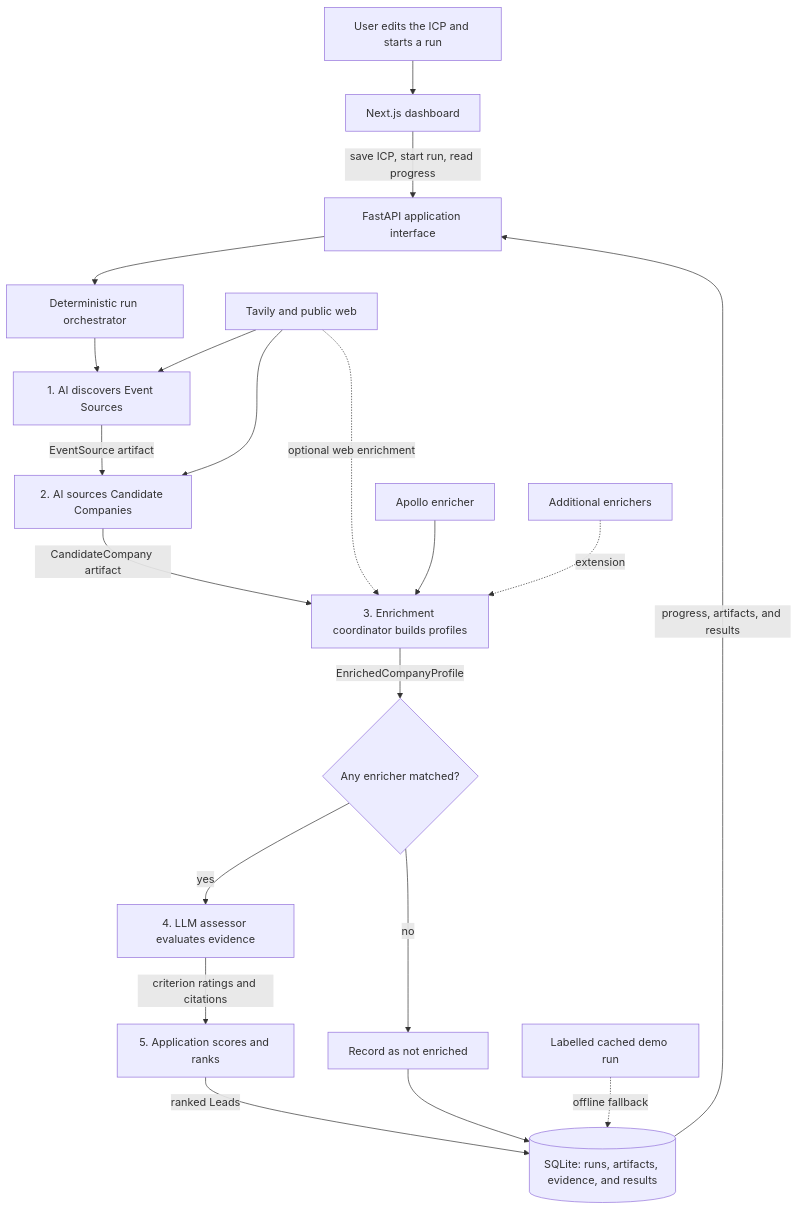
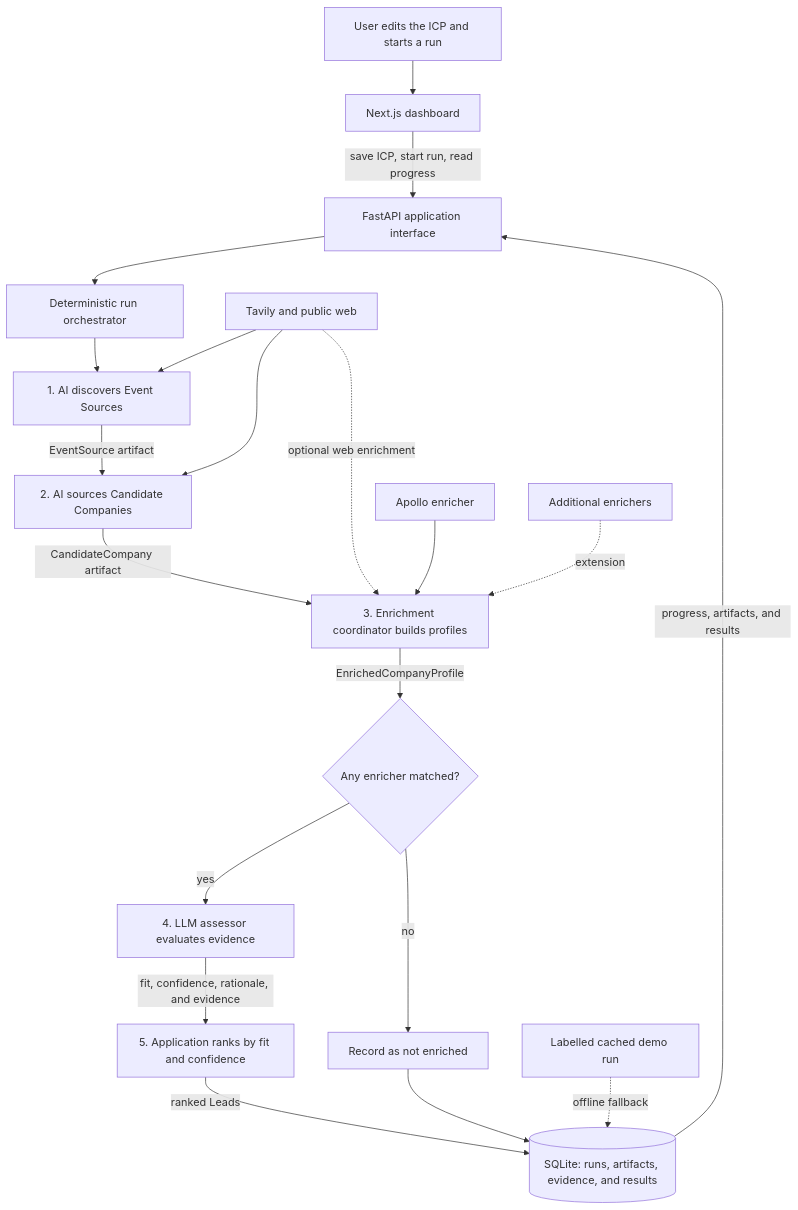
Before and after one commit to sham-bolic/instalily-takehome: the first of 2 diagrams in docs/architecture.md, drawn with Mermaid. The commit also changed other lines of this file and 8 other files, not shown here.

````diff
--- a/docs/architecture.md
+++ b/docs/architecture.md
@@ -7,42 +7,42 @@
 ```mermaid
 flowchart TD
     USER[User edits the ICP and starts a run]
     UI[Next.js dashboard]
     API[FastAPI application interface]
     RUN[Deterministic run orchestrator]
 
     EVENTS[1. AI discovers Event Sources]
     COMPANIES[2. AI sources Candidate Companies]
     ENRICH[3. Enrichment coordinator builds profiles]
     GATE{Any enricher matched?}
     ASSESS[4. LLM assessor evaluates evidence]
-    SCORE[5. Application scores and ranks]
+    SCORE[5. Application ranks by fit and confidence]
     SKIP[Record as not enriched]
 
     TAVILY[Tavily and public web]
     APOLLO[Apollo enricher]
     OTHER[Additional enrichers]
     DB[(SQLite: runs, artifacts, evidence, and results)]
     CACHE[Labelled cached demo run]
 
     USER --> UI
     UI -->|save ICP, start run, read progress| API
     API --> RUN
     RUN --> EVENTS
     EVENTS -->|EventSource artifact| COMPANIES
     COMPANIES -->|CandidateCompany artifact| ENRICH
     ENRICH -->|EnrichedCompanyProfile| GATE
     GATE -->|yes| ASSESS
     GATE -->|no| SKIP
-    ASSESS -->|criterion ratings and citations| SCORE
+    ASSESS -->|fit, confidence, rationale, and evidence| SCORE
     SCORE -->|ranked Leads| DB
     SKIP --> DB
     DB -->|progress, artifacts, and results| API
 
     TAVILY --> EVENTS
     TAVILY --> COMPANIES
     TAVILY -. optional web enrichment .-> ENRICH
     APOLLO --> ENRICH
     OTHER -. extension .-> ENRICH
     CACHE -. offline fallback .-> DB
 ```
````
